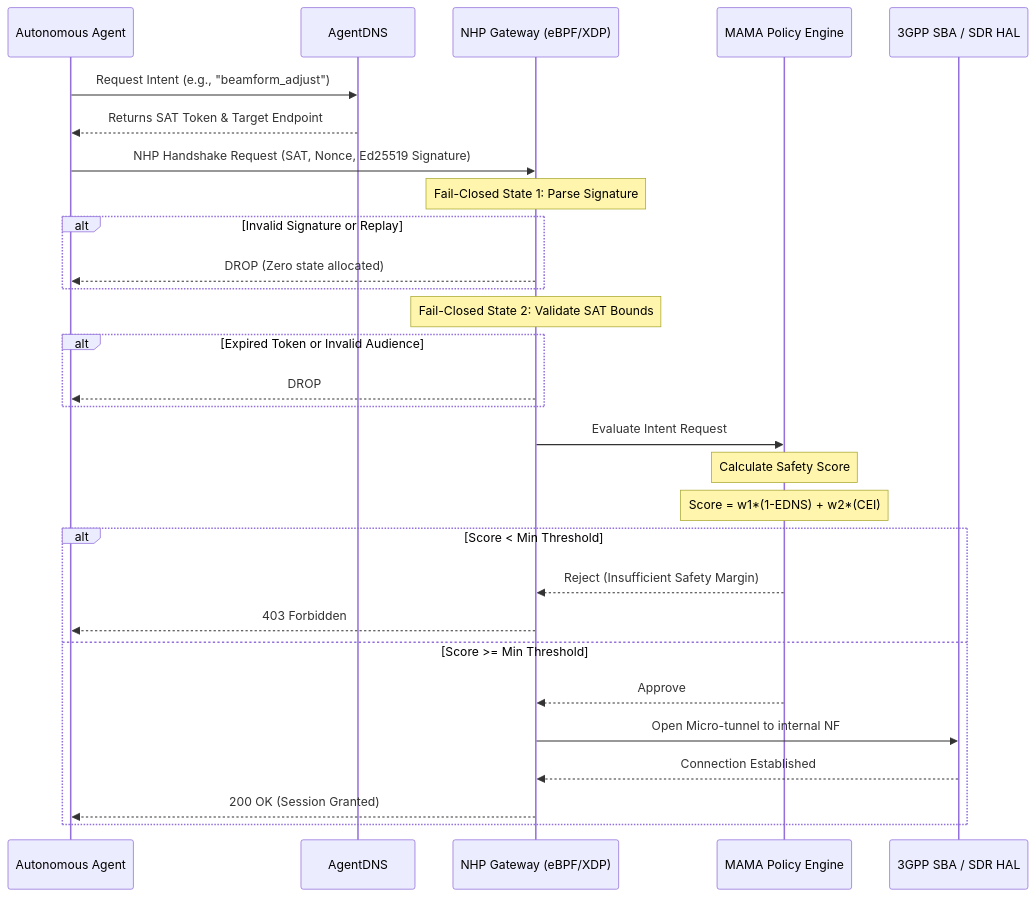
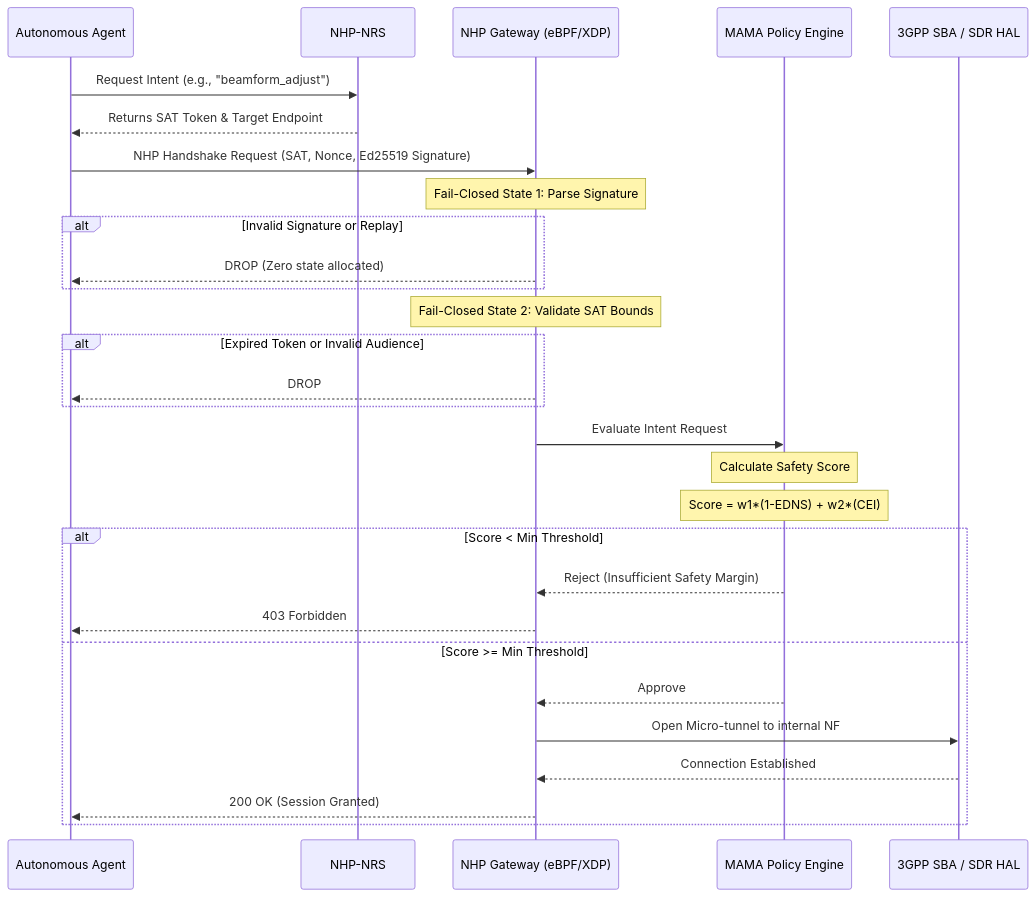
Before and after one commit to Chihi-Sahati/ztcpp-protocol: the diagram in docs/architecture/sequence_diagrams.md, drawn with Mermaid. The commit also changed other lines of this file and 51 other files, not shown here.

````diff
--- a/docs/architecture/sequence_diagrams.md
+++ b/docs/architecture/sequence_diagrams.md
@@ -7,40 +7,40 @@
 ```mermaid
 sequenceDiagram
     participant Agent as Autonomous Agent
-    participant DNS as AgentDNS
+    participant DNS as NHP-NRS
     participant NHP as NHP Gateway (eBPF/XDP)
     participant MAMA as MAMA Policy Engine
     participant SBA as 3GPP SBA / SDR HAL
 
     %% Phase 1: Intent Resolution
     Agent->>DNS: Request Intent (e.g., "beamform_adjust")
     DNS-->>Agent: Returns SAT Token & Target Endpoint
 
     %% Phase 2: Edge Verification (AbC)
     Agent->>NHP: NHP Handshake Request (SAT, Nonce, Ed25519 Signature)
     
     note over NHP: Fail-Closed State 1: Parse Signature
     alt Invalid Signature or Replay
         NHP-->>Agent: DROP (Zero state allocated)
     end
     
     note over NHP: Fail-Closed State 2: Validate SAT Bounds
     alt Expired Token or Invalid Audience
         NHP-->>Agent: DROP
     end
 
     %% Phase 3: MAMA Deterministic Policy Evaluation
     NHP->>MAMA: Evaluate Intent Request
     note over MAMA: Calculate Safety Score
     note over MAMA: Score = w1*(1-EDNS) + w2*(CEI)
     
     alt Score < Min Threshold
         MAMA-->>NHP: Reject (Insufficient Safety Margin)
         NHP-->>Agent: 403 Forbidden
     else Score >= Min Threshold
         MAMA-->>NHP: Approve
         NHP->>SBA: Open Micro-tunnel to internal NF
         SBA-->>NHP: Connection Established
         NHP-->>Agent: 200 OK (Session Granted)
     end
 ```
````
